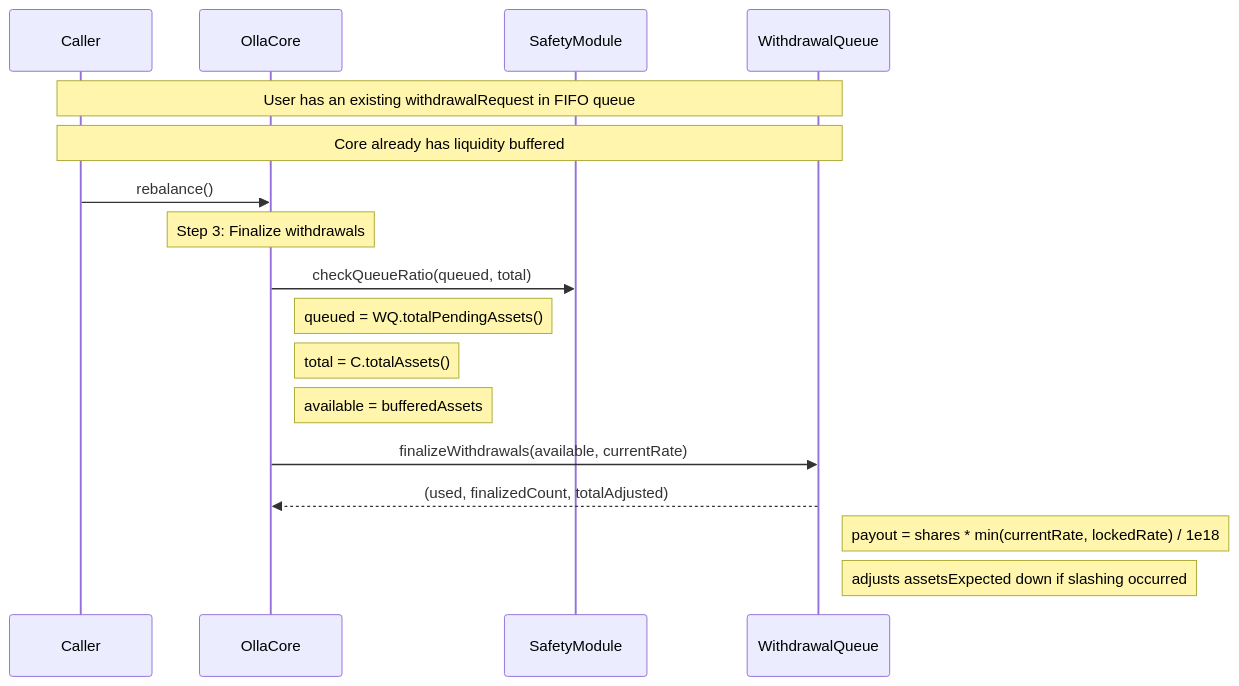
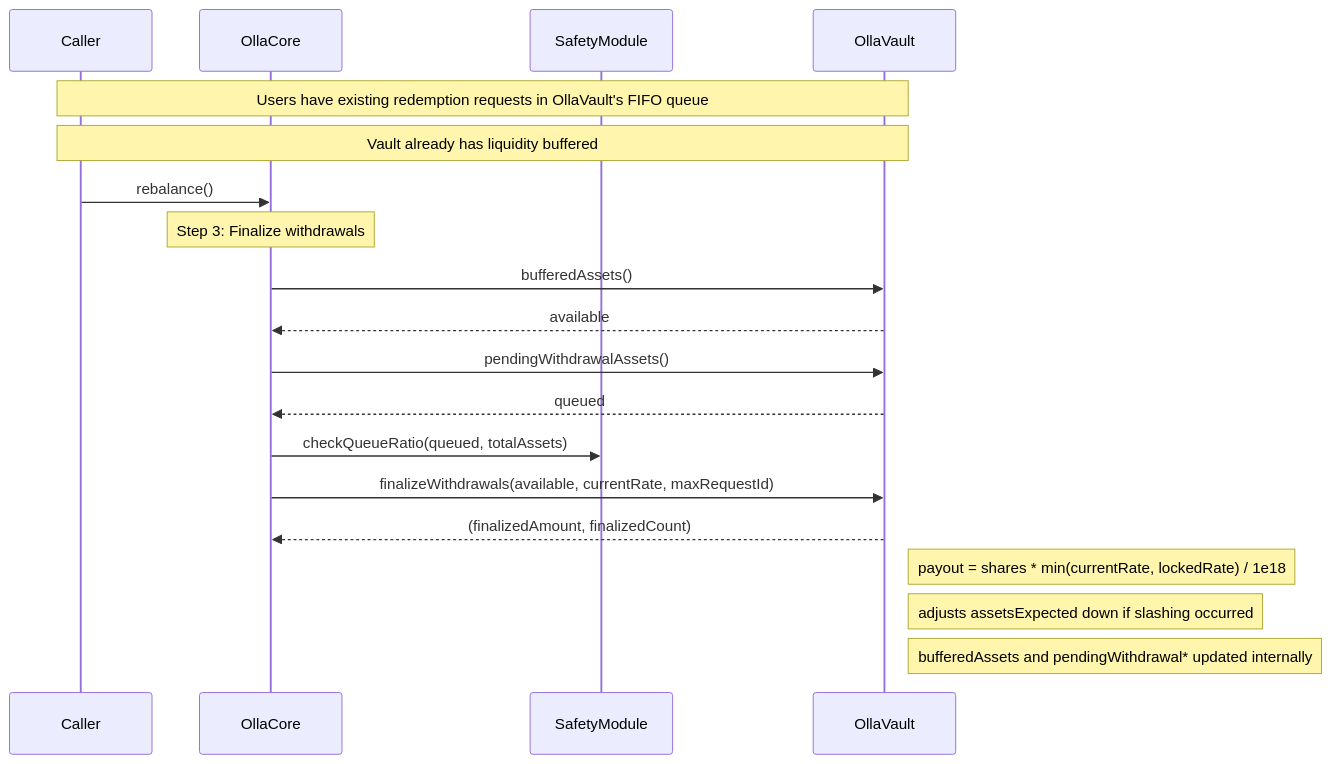
One commit to ollafinance/core changed the fifth of 10 diagrams in docs/architecture/operator-actions.md. Above: the diagram before and after it, drawn with Mermaid. The commit also changed other lines of this file and 180 other files, not shown here.

````diff
--- a/docs/architecture/operator-actions.md
+++ b/docs/architecture/operator-actions.md
@@ -120,21 +123,23 @@
 ```mermaid
 sequenceDiagram
     participant A as Caller
     participant C as OllaCore
     participant SAF as SafetyModule
-    participant WQ as WithdrawalQueue
+    participant V as OllaVault
 
-    Note over A,WQ: User has an existing withdrawalRequest in FIFO queue
-    Note over A,WQ: Core already has liquidity buffered
+    Note over A,V: Users have existing redemption requests in OllaVault's FIFO queue
+    Note over A,V: Vault already has liquidity buffered
 
     A->>C: rebalance()
     Note over C: Step 3: Finalize withdrawals
-    C->>SAF: checkQueueRatio(queued, total)
-    Note right of C: queued = WQ.totalPendingAssets()
-    Note right of C: total = C.totalAssets()
-    Note right of C: available = bufferedAssets
-    C->>WQ: finalizeWithdrawals(available, currentRate)
-    WQ-->>C: (used, finalizedCount, totalAdjusted)
-    Note right of WQ: payout = shares * min(currentRate, lockedRate) / 1e18
-    Note right of WQ: adjusts assetsExpected down if slashing occurred
+    C->>V: bufferedAssets()
+    V-->>C: available
+    C->>V: pendingWithdrawalAssets()
+    V-->>C: queued
+    C->>SAF: checkQueueRatio(queued, totalAssets)
+    C->>V: finalizeWithdrawals(available, currentRate, maxRequestId)
+    V-->>C: (finalizedAmount, finalizedCount)
+    Note right of V: payout = shares * min(currentRate, lockedRate) / 1e18
+    Note right of V: adjusts assetsExpected down if slashing occurred
+    Note right of V: bufferedAssets and pendingWithdrawal* updated internally
 ```
````
